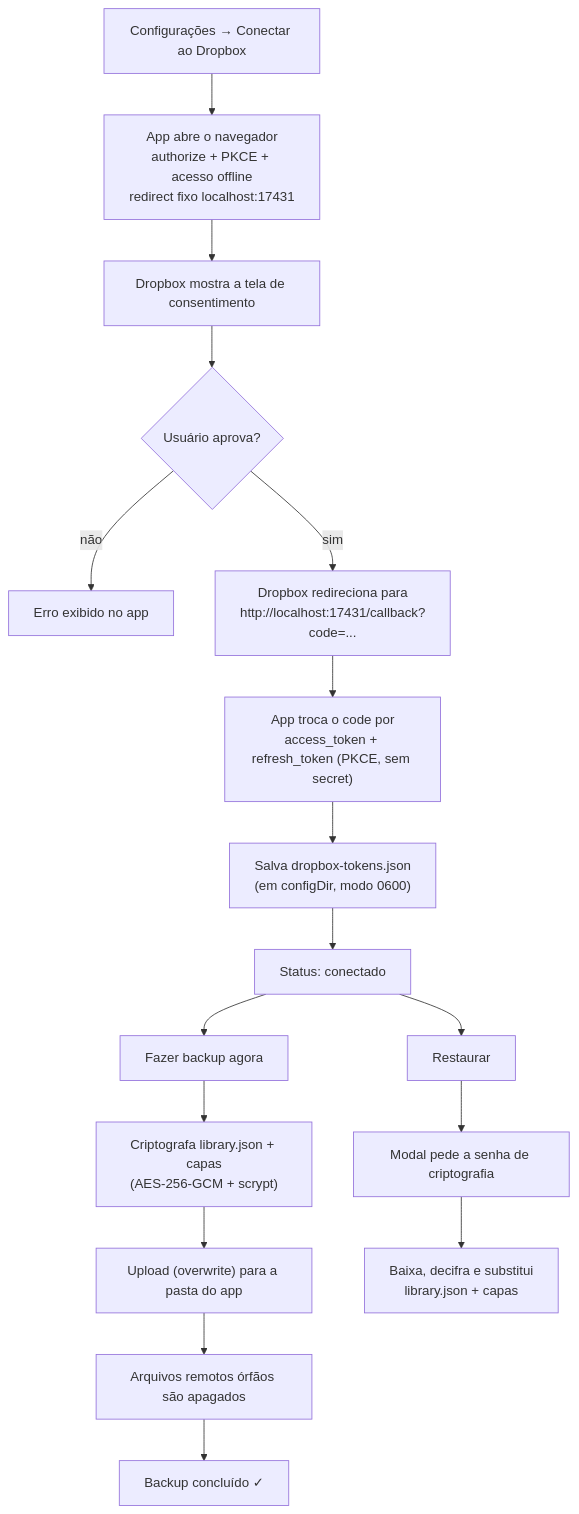
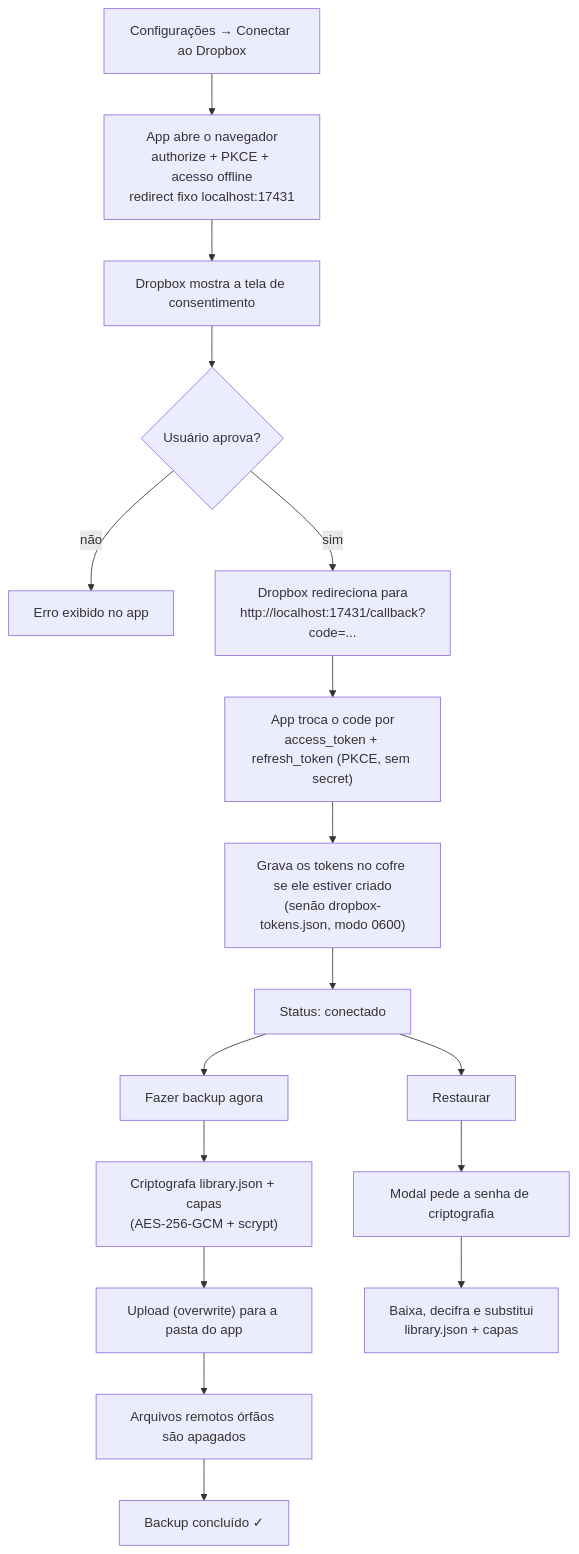
One commit to chronos-atalante/chronos-biblioteca changed the first of 2 diagrams in docs/dropbox.md. Above: the diagram before and after it, drawn with Mermaid. The commit also changed other lines of this file and 61 other files, not shown here.

````diff
--- a/docs/dropbox.md
+++ b/docs/dropbox.md
@@ -24,19 +24,19 @@
 ```mermaid
 flowchart TD
     A["Configurações → Conectar ao Dropbox"] --> B["App abre o navegador<br/>authorize + PKCE + acesso offline<br/>redirect fixo localhost:17431"]
     B --> C["Dropbox mostra a tela de consentimento"]
     C --> D{"Usuário aprova?"}
     D -- não --> E["Erro exibido no app"]
     D -- sim --> F["Dropbox redireciona para<br/>http://localhost:17431/callback?code=..."]
     F --> G["App troca o code por<br/>access_token + refresh_token (PKCE, sem secret)"]
-    G --> H["Salva dropbox-tokens.json<br/>(em configDir, modo 0600)"]
+    G --> H["Grava os tokens no cofre se ele estiver criado<br/>(senão dropbox-tokens.json, modo 0600)"]
     H --> I["Status: conectado"]
     I --> J["Fazer backup agora"]
     J --> K["Criptografa library.json + capas<br/>(AES-256-GCM + scrypt)"]
     K --> L["Upload (overwrite) para a pasta do app"]
     L --> N["Arquivos remotos órfãos são apagados"]
     N --> O["Backup concluído ✓"]
     I --> P["Restaurar"]
     P --> Q["Modal pede a senha de criptografia"]
     Q --> R["Baixa, decifra e substitui<br/>library.json + capas"]
 ```
````
